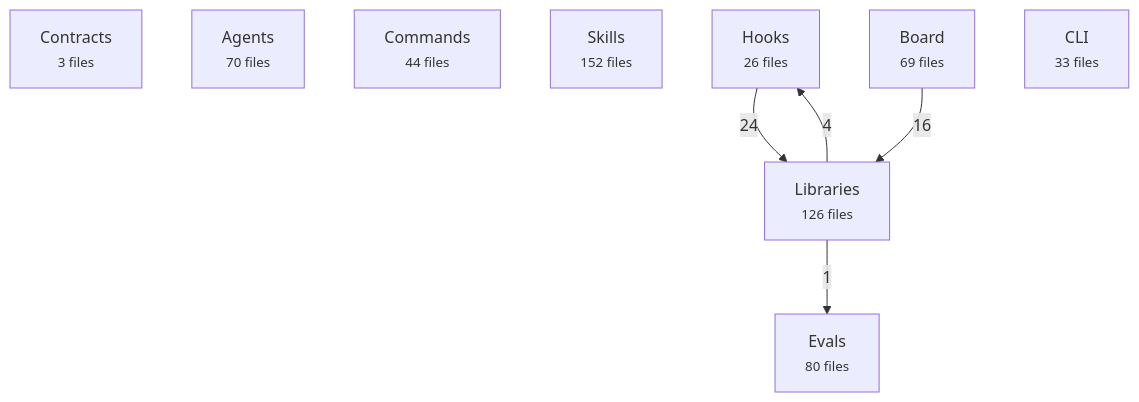
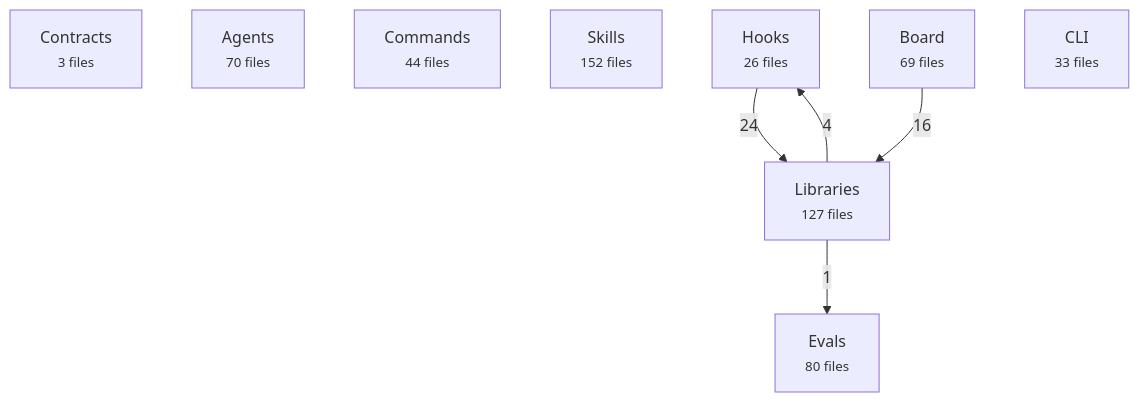
Before and after one commit to avelikiy/great_cto: the first of 2 diagrams in docs/reference/architecture-map.md, drawn with Mermaid. The commit also changed other lines of this file and 7 other files, not shown here.

````diff
--- a/docs/reference/architecture-map.md
+++ b/docs/reference/architecture-map.md
@@ -20,16 +20,16 @@
 ```mermaid
 flowchart TD
   contracts["Contracts<br/><small>3 files</small>"]
   agents["Agents<br/><small>70 files</small>"]
   commands["Commands<br/><small>44 files</small>"]
   skills["Skills<br/><small>152 files</small>"]
   hooks["Hooks<br/><small>26 files</small>"]
-  libs["Libraries<br/><small>126 files</small>"]
+  libs["Libraries<br/><small>127 files</small>"]
   board["Board<br/><small>69 files</small>"]
   cli["CLI<br/><small>33 files</small>"]
   evals["Evals<br/><small>80 files</small>"]
   hooks -->|24| libs
   board -->|16| libs
   libs -->|4| hooks
   libs -->|1| evals
 ```
````
